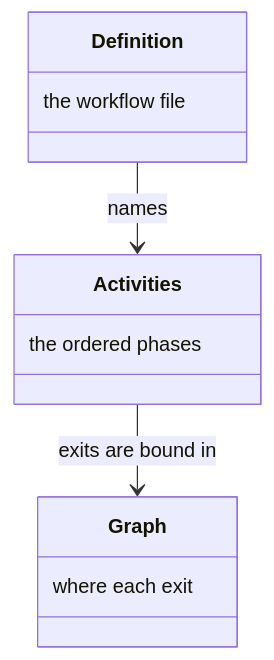
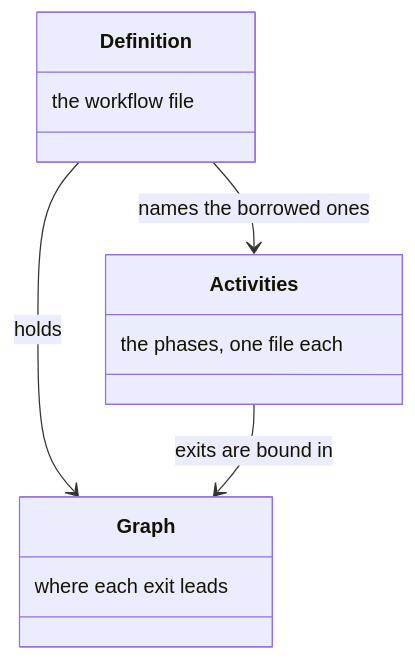
The second of 6 diagrams in docs/workflow.md (m2ux/workflow-server), drawn with Mermaid before and after one commit. The commit also changed other lines of this file and 17 other files, not shown here.

````diff
--- a/docs/workflow.md
+++ b/docs/workflow.md
@@ -22,14 +25,15 @@
 ```mermaid
 classDiagram
   class Definition {
     the workflow file
   }
   class Activities {
-    the ordered phases
+    the phases, one file each
   }
   class Graph {
-    where each exit
+    where each exit leads
   }
-  Definition --> Activities : names
+  Definition --> Graph : holds
+  Definition --> Activities : names the borrowed ones
   Activities --> Graph : exits are bound in
 ```
````
